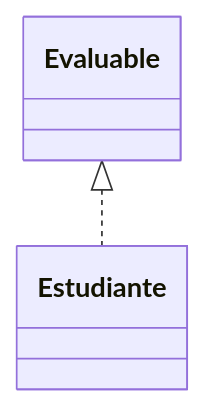
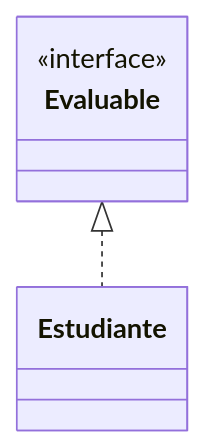
The third of 13 diagrams in README.md (gerardfp/uml), drawn with Mermaid before and after one commit.

````diff
--- a/README.md
+++ b/README.md
@@ -74,4 +74,6 @@
 ```mermaid
 classDiagram
-Evaluable <|.. Estudiante
+class Evaluable
+<<interface>> Evaluable
+Evaluable  <|.. Estudiante
 ```
````
